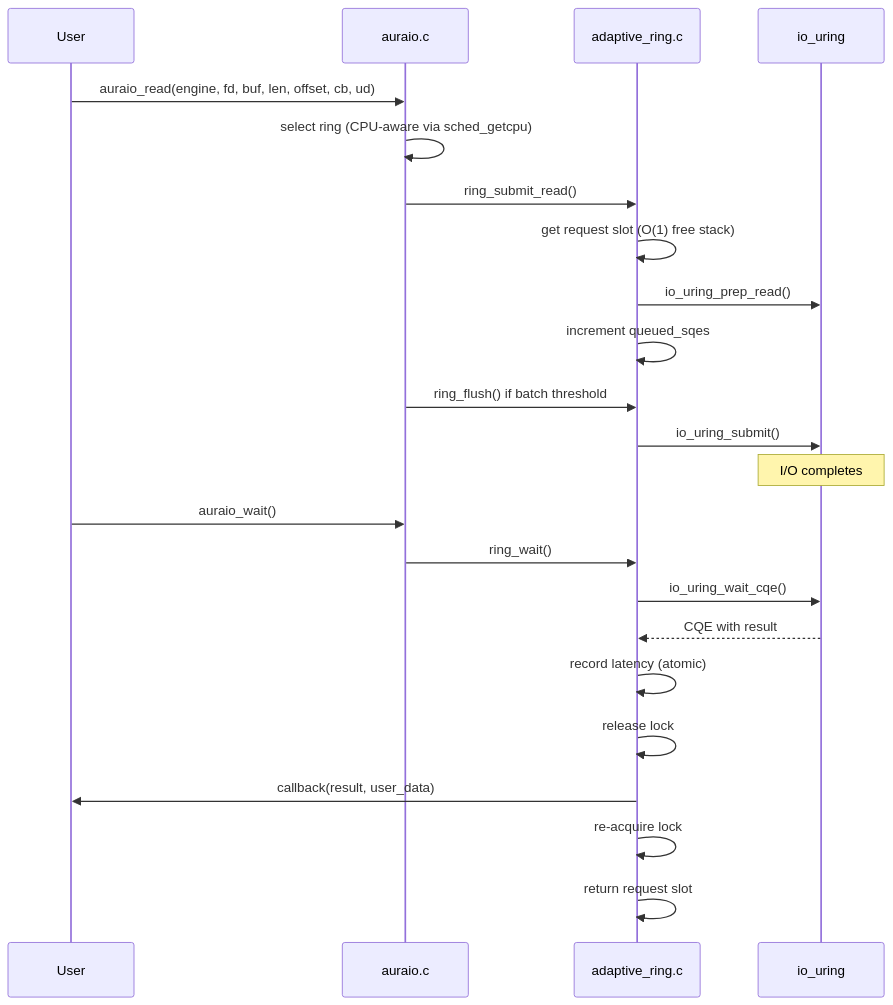
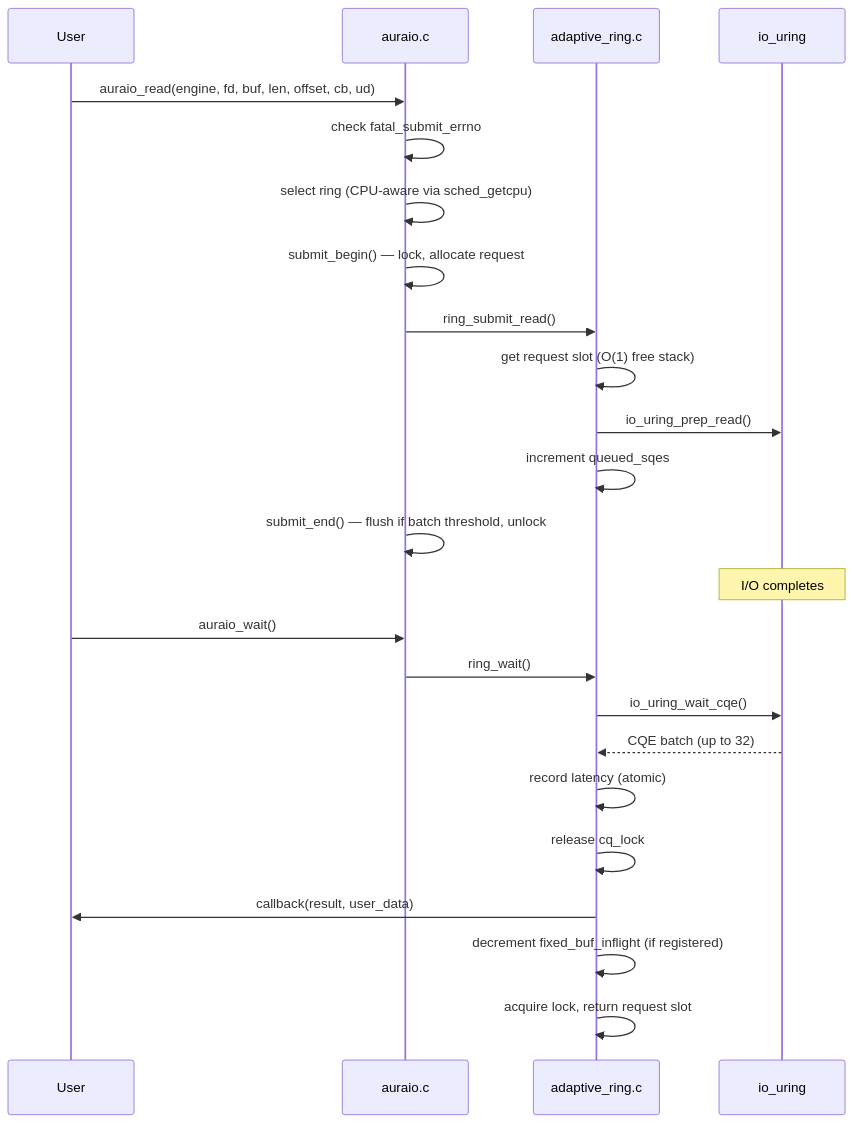
One commit to Par-B/AuraIO changed the second of 5 diagrams in docs/CODEBASE_MAP.md. Above: the diagram before and after it, drawn with Mermaid. The commit also changed other lines of this file and 3 other files, not shown here.

````diff
--- a/docs/CODEBASE_MAP.md
+++ b/docs/CODEBASE_MAP.md
@@ -608,28 +663,29 @@
 ```mermaid
 sequenceDiagram
     participant User
     participant API as auraio.c
     participant Ring as adaptive_ring.c
     participant Kernel as io_uring
 
     User->>API: auraio_read(engine, fd, buf, len, offset, cb, ud)
+    API->>API: check fatal_submit_errno
     API->>API: select ring (CPU-aware via sched_getcpu)
+    API->>API: submit_begin() — lock, allocate request
     API->>Ring: ring_submit_read()
     Ring->>Ring: get request slot (O(1) free stack)
     Ring->>Kernel: io_uring_prep_read()
     Ring->>Ring: increment queued_sqes
-    API->>Ring: ring_flush() if batch threshold
-    Ring->>Kernel: io_uring_submit()
+    API->>API: submit_end() — flush if batch threshold, unlock
 
     Note over Kernel: I/O completes
 
     User->>API: auraio_wait()
     API->>Ring: ring_wait()
     Ring->>Kernel: io_uring_wait_cqe()
-    Kernel-->>Ring: CQE with result
+    Kernel-->>Ring: CQE batch (up to 32)
     Ring->>Ring: record latency (atomic)
-    Ring->>Ring: release lock
+    Ring->>Ring: release cq_lock
     Ring->>User: callback(result, user_data)
-    Ring->>Ring: re-acquire lock
-    Ring->>Ring: return request slot
+    Ring->>Ring: decrement fixed_buf_inflight (if registered)
+    Ring->>Ring: acquire lock, return request slot
 ```
````
